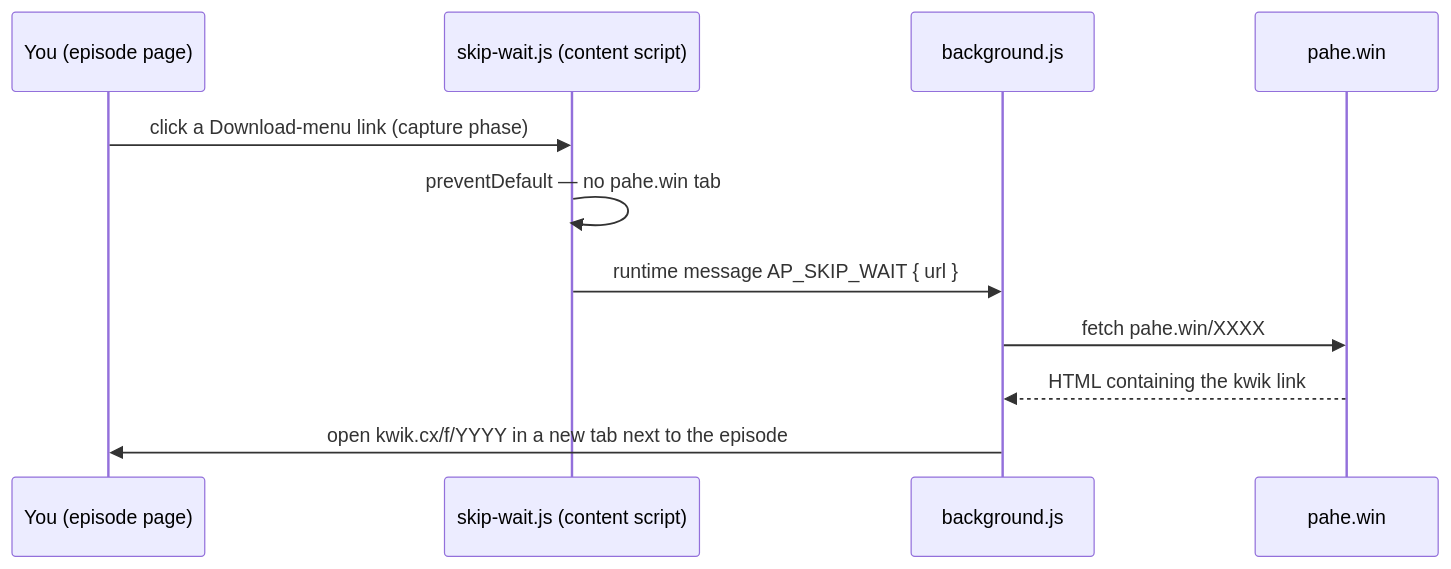
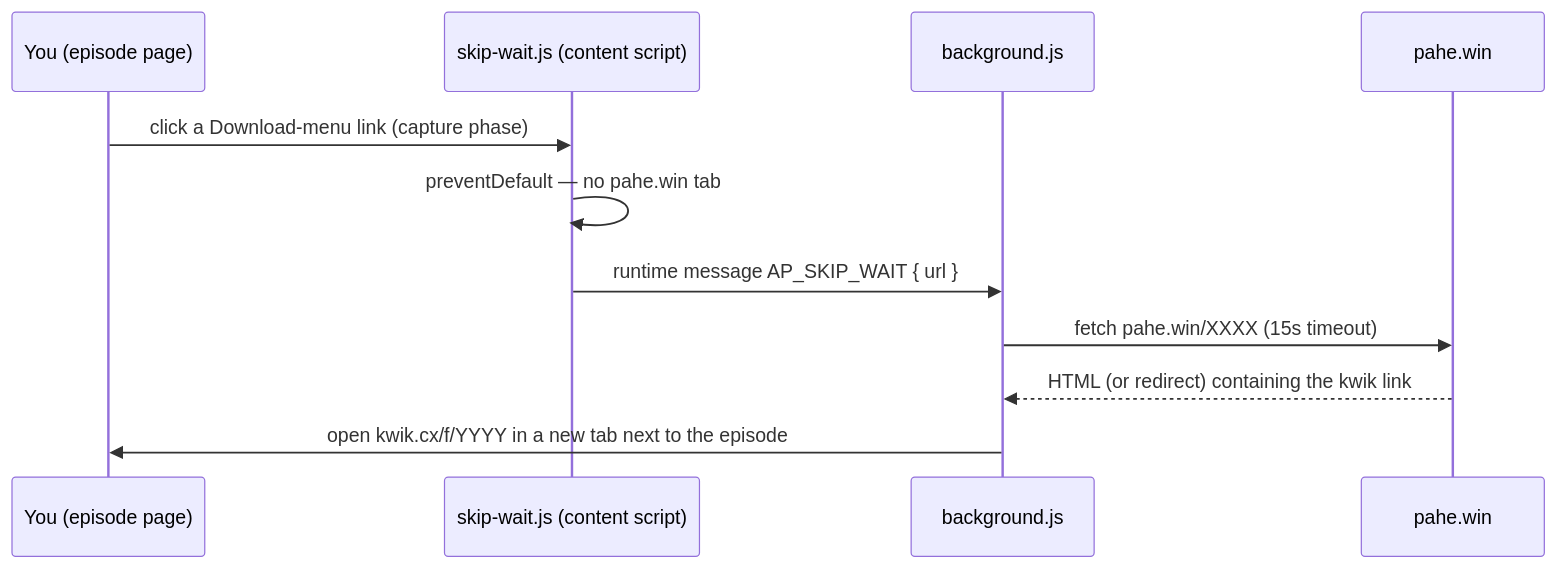
One commit to abdullahkhfb/animepahe-enhancer changed the second of 5 diagrams in docs/ARCHITECTURE.md. Above: the diagram before and after it, drawn with Mermaid. The commit also changed other lines of this file and 41 other files, not shown here.

````diff
--- a/docs/ARCHITECTURE.md
+++ b/docs/ARCHITECTURE.md
@@ -150,13 +166,13 @@
 ```mermaid
 sequenceDiagram
     participant U as You (episode page)
     participant S as skip-wait.js (content script)
     participant B as background.js
     participant P as pahe.win
     U->>S: click a Download-menu link (capture phase)
     S->>S: preventDefault — no pahe.win tab
     S->>B: runtime message AP_SKIP_WAIT { url }
-    B->>P: fetch pahe.win/XXXX
-    P-->>B: HTML containing the kwik link
+    B->>P: fetch pahe.win/XXXX (15s timeout)
+    P-->>B: HTML (or redirect) containing the kwik link
     B->>U: open kwik.cx/f/YYYY in a new tab next to the episode
 ```
````
